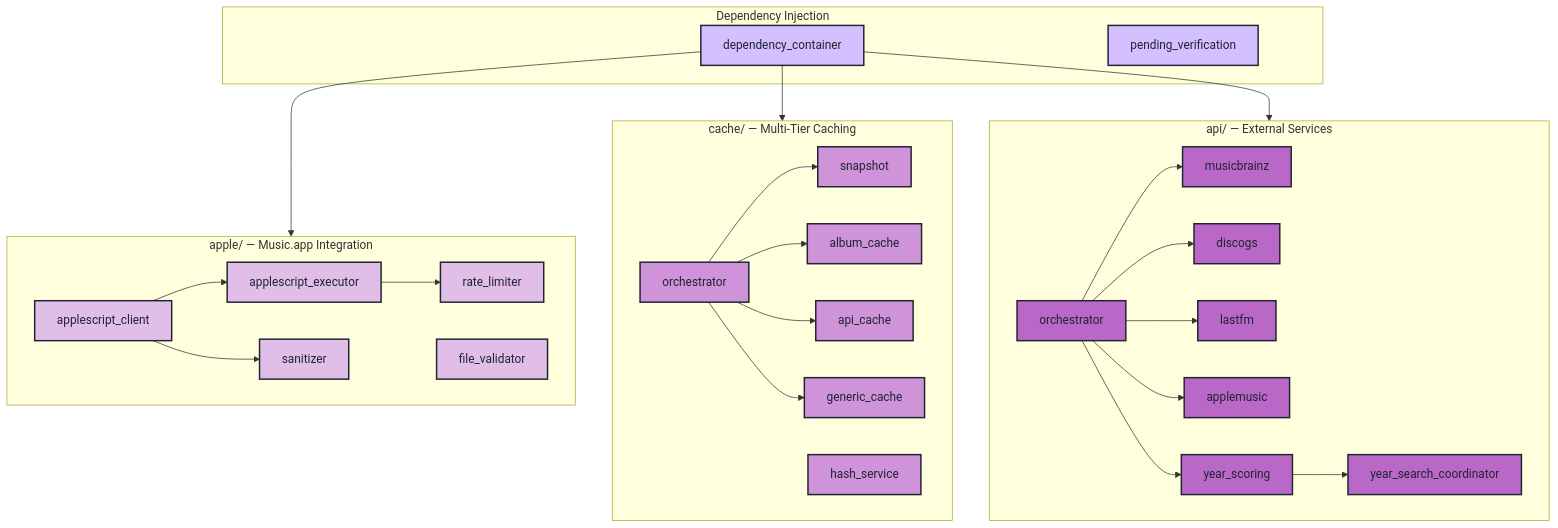
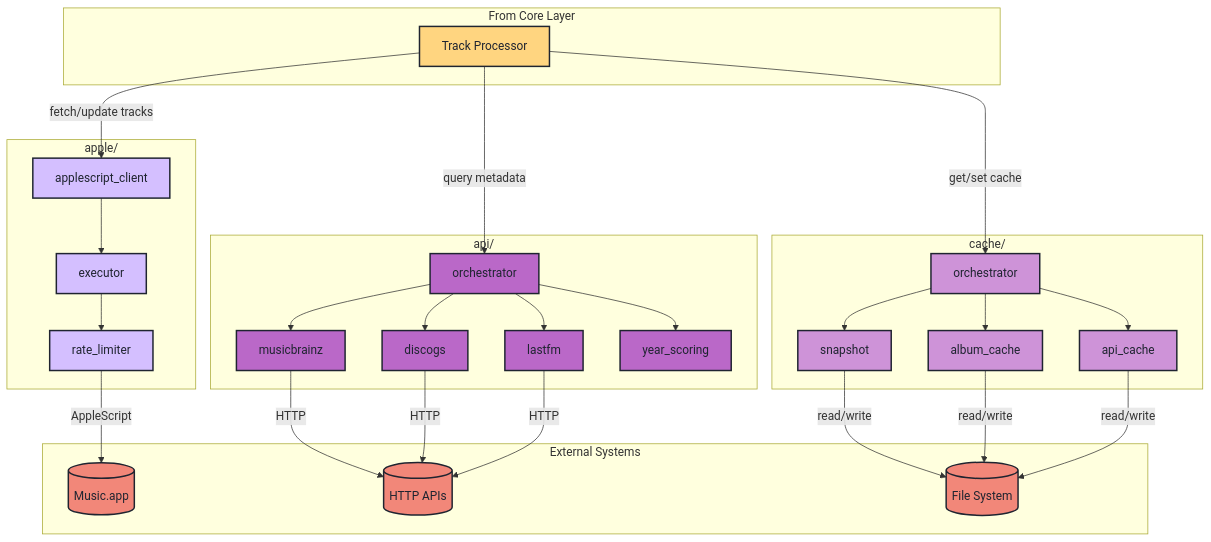
Before and after one commit to barad1tos/GenreUpdater: the seventh of 8 diagrams in README.md, drawn with Mermaid. The commit also changed other lines of this file, not shown here.

First line of the commit message:
docs(readme): C4-style architecture diagrams

````diff
--- a/README.md
+++ b/README.md
@@ -478,60 +561,57 @@
 ```mermaid
 graph TB
-    subgraph DI["Dependency Injection"]
-        DC[dependency_container]
-        PV[pending_verification]
+    subgraph Callers["From Core Layer"]
+        Core[Track Processor]
     end
 
-    subgraph Apple["apple/ — Music.app Integration"]
+    subgraph Apple["apple/"]
         AC[applescript_client]
-        AE[applescript_executor]
+        AE[executor]
         RL[rate_limiter]
-        SN[sanitizer]
-        FV[file_validator]
     end
 
-    subgraph Cache["cache/ — Multi-Tier Caching"]
+    subgraph Cache["cache/"]
         CO[orchestrator]
         SS[snapshot]
         ALB[album_cache]
         API_C[api_cache]
-        GC[generic_cache]
-        HS[hash_service]
     end
 
-    subgraph APIs["api/ — External Services"]
+    subgraph APIs["api/"]
         AO[orchestrator]
         MB[musicbrainz]
         DG[discogs]
         LF[lastfm]
-        AM[applemusic]
         YS[year_scoring]
-        YSC[year_search_coordinator]
     end
 
-    DC --> Apple
-    DC --> Cache
-    DC --> APIs
-    AC --> AE
-    AE --> RL
-    AC --> SN
-    CO --> SS
-    CO --> ALB
-    CO --> API_C
-    CO --> GC
-    AO --> MB
-    AO --> DG
-    AO --> LF
-    AO --> AM
+    subgraph External["External Systems"]
+        MusicApp[(Music.app)]
+        ExtAPI[(HTTP APIs)]
+        Files[(File System)]
+    end
+
+    Core -->|fetch/update tracks| AC
+    AC --> AE --> RL
+    RL -->|AppleScript| MusicApp
+
+    Core -->|get/set cache| CO
+    CO --> SS & ALB & API_C
+    SS & ALB & API_C -->|read/write| Files
+
+    Core -->|query metadata| AO
+    AO --> MB & DG & LF
     AO --> YS
-    YS --> YSC
+    MB & DG & LF -->|HTTP| ExtAPI
 
-    classDef di fill:#D4BFFF,stroke:#1F2430,stroke-width:2px,color:#1F2430
-    classDef apple fill:#E1BEE7,stroke:#1F2430,stroke-width:2px,color:#1F2430
+    classDef caller fill:#FFD580,stroke:#1F2430,stroke-width:2px,color:#1F2430
+    classDef apple fill:#D4BFFF,stroke:#1F2430,stroke-width:2px,color:#1F2430
     classDef cache fill:#CE93D8,stroke:#1F2430,stroke-width:2px,color:#1F2430
     classDef api fill:#BA68C8,stroke:#1F2430,stroke-width:2px,color:#1F2430
-    class DC,PV di
-    class AC,AE,RL,SN,FV apple
-    class CO,SS,ALB,API_C,GC,HS cache
-    class AO,MB,DG,LF,AM,YS,YSC api
+    classDef external fill:#F28779,stroke:#1F2430,stroke-width:2px,color:#1F2430
+    class Core caller
+    class AC,AE,RL apple
+    class CO,SS,ALB,API_C cache
+    class AO,MB,DG,LF,YS api
+    class MusicApp,ExtAPI,Files external
 ```
````
